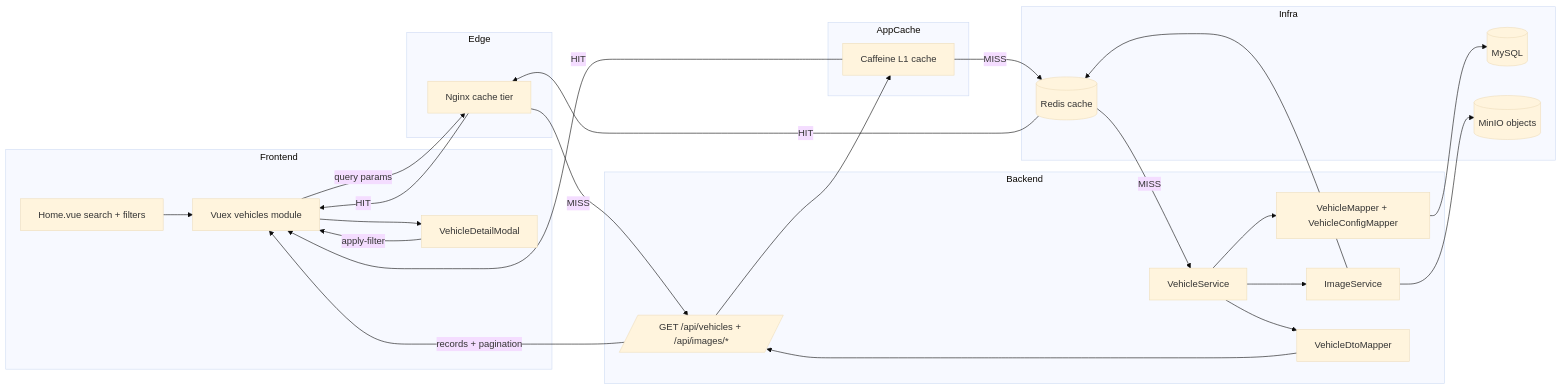
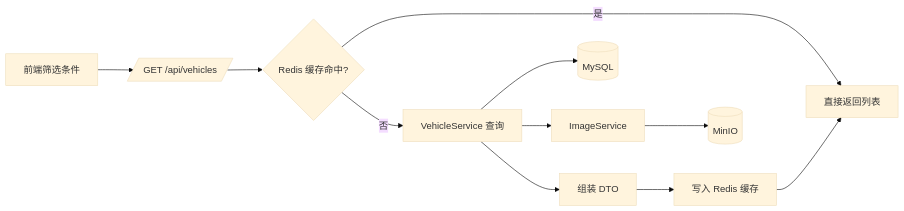
The second of 7 diagrams in BUSINESS_FLOWS.md (ldrwhc/bus_gallery), drawn with Mermaid (base theme) before and after one commit. The commit also changed other lines of this file and 34 other files, not shown here.

````diff
--- a/BUSINESS_FLOWS.md
+++ b/BUSINESS_FLOWS.md
@@ -46,41 +29,13 @@
 ```mermaid
 flowchart LR
-    subgraph Frontend
-        H1[Home.vue search + filters]
-        H2[Vuex vehicles module]
-        H3[VehicleDetailModal]
-    end
-    subgraph Edge
-        NX[Nginx cache tier]
-    end
-    subgraph AppCache
-        CF[Caffeine L1 cache]
-    end
-    subgraph Backend
-        B1[/GET /api/vehicles + /api/images/*/]
-        B2[VehicleService]
-        B3[VehicleMapper + VehicleConfigMapper]
-        B4[ImageService]
-        B5[VehicleDtoMapper]
-    end
-    subgraph Infra
-        RC[(Redis cache)]
-        DB[(MySQL)]
-        OBJ[(MinIO objects)]
-    end
-    H1 --> H2
-    H2 -- query params --> NX
-    NX -- HIT --> H2
-    NX -- MISS --> B1
-    B1 --> CF
-    CF -- HIT --> H2
-    CF -- MISS --> RC
-    RC -- HIT --> NX
-    RC -- MISS --> B2 --> B3 --> DB
-    B2 --> B4 --> OBJ
-    B4 --> RC
-    B2 --> B5 --> B1
-    B1 -->|records + pagination| H2
-    H2 --> H3
-    H3 -- apply-filter --> H2
+    A[前端筛选条件] --> B[/GET /api/vehicles/]
+    B --> C{Redis 缓存命中?}
+    C -- 是 --> D[直接返回列表]
+    C -- 否 --> E[VehicleService 查询]
+    E --> F[(MySQL)]
+    E --> G[ImageService]
+    G --> H[(MinIO)]
+    E --> I[组装 DTO]
+    I --> J[写入 Redis 缓存]
+    J --> D
 ```
````
